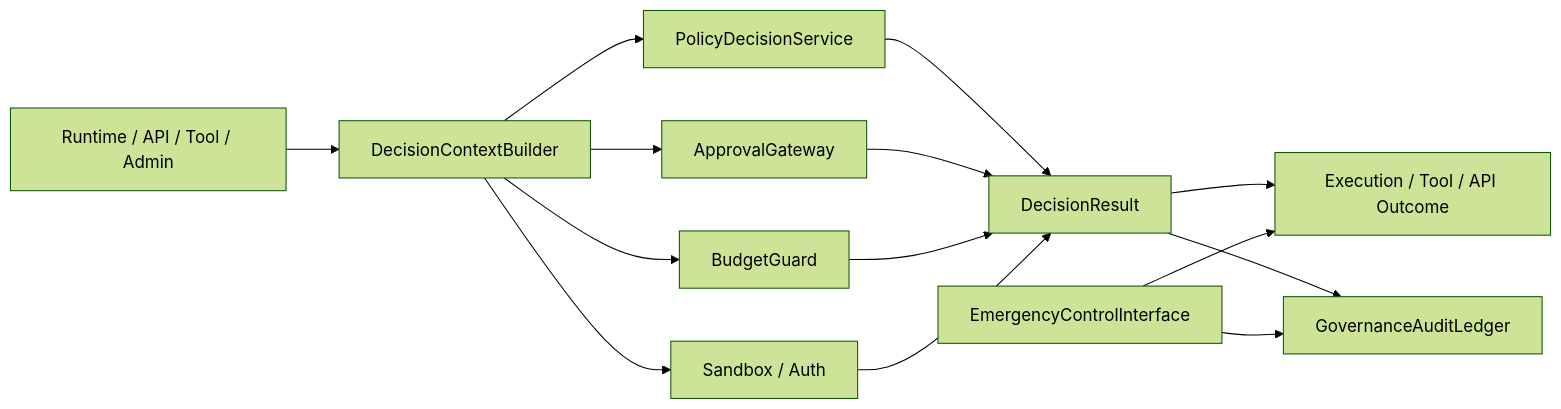
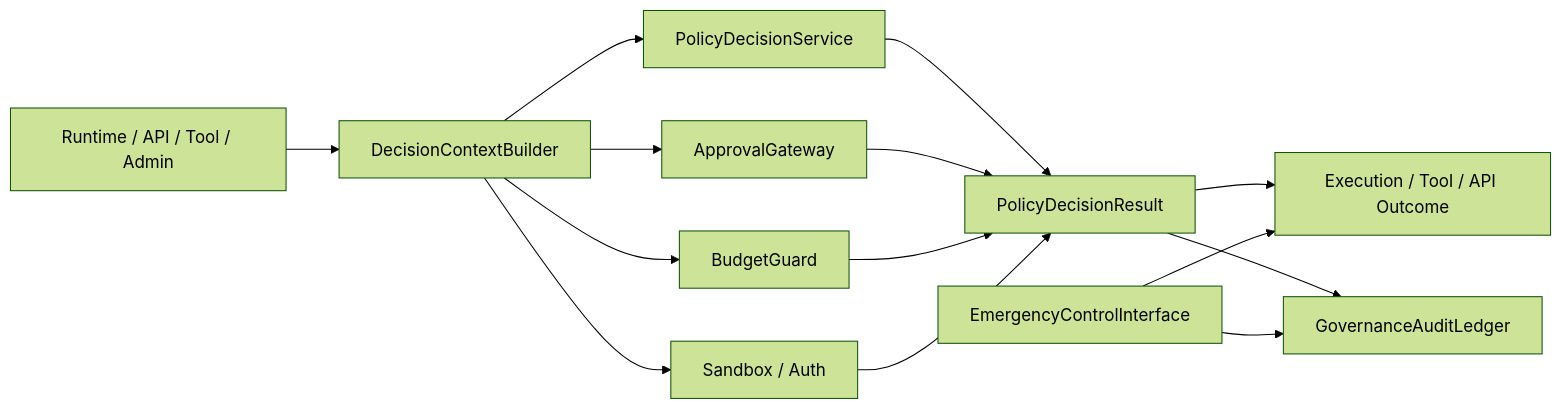
The first of 2 diagrams in docs_zh/contracts/governance_control_plane_contract.md (HoldenShen-hz/automatic-agent-platform), drawn with Mermaid (forest theme) before and after one commit. The commit also changed other lines of this file and 433 other files, not shown here.

````diff
--- a/docs_zh/contracts/governance_control_plane_contract.md
+++ b/docs_zh/contracts/governance_control_plane_contract.md
@@ -32,16 +32,16 @@
 ```mermaid
 flowchart LR
     A["Runtime / API / Tool / Admin"] --> B["DecisionContextBuilder"]
     B --> C["PolicyDecisionService"]
     B --> D["ApprovalGateway"]
     B --> E["BudgetGuard"]
     B --> F["Sandbox / Auth"]
-    C --> G["DecisionResult"]
+    C --> G["PolicyDecisionResult"]
     D --> G
     E --> G
     F --> G
     G --> H["Execution / Tool / API Outcome"]
     G --> I["GovernanceAuditLedger"]
     J["EmergencyControlInterface"] --> H
     J --> I
 ```
````
